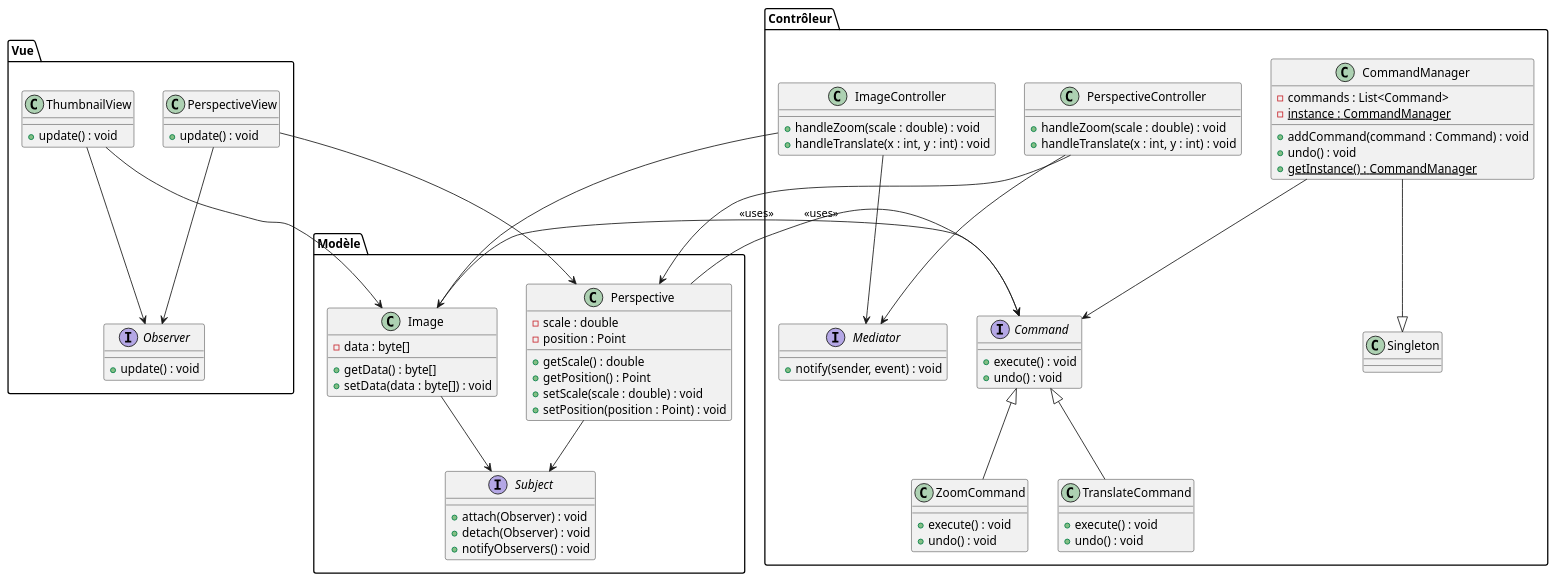
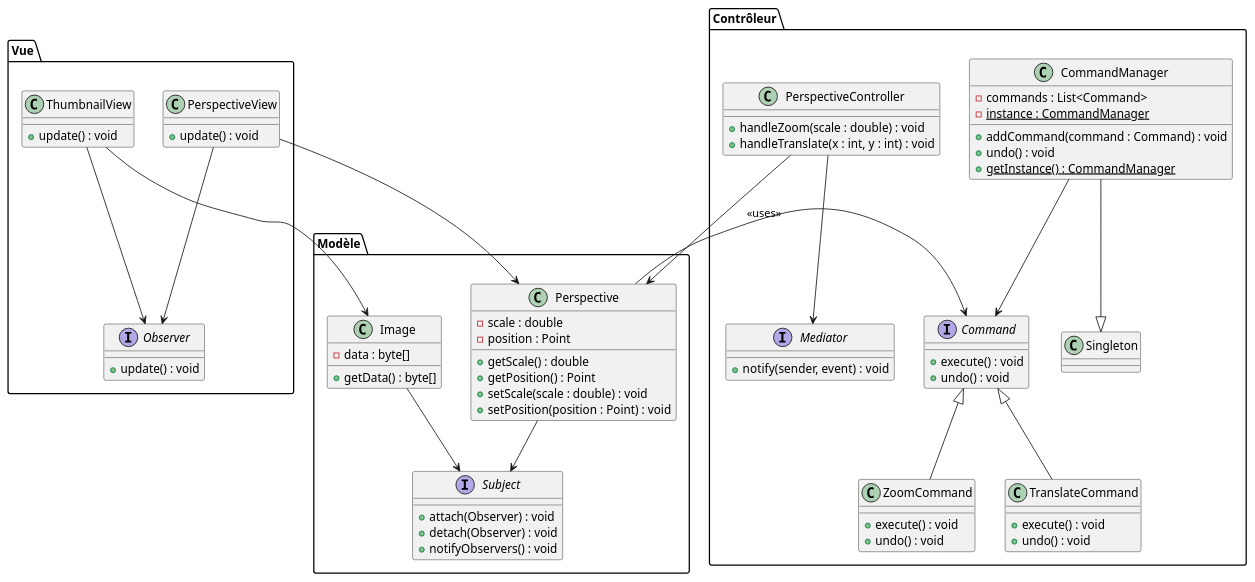
One commit to Apologieze/LAB5 changed the diagram in src/main/diagram.puml. Above: the diagram before and after it, drawn with PlantUML.

```diff
--- a/src/main/diagram.puml
+++ b/src/main/diagram.puml
@@ -1,108 +1,99 @@
 @startuml
 ' Define main packages for MVC structure
 package "Modèle" {
     ' Classes in the model
     class Image {
         - data : byte[]
         + getData() : byte[]
-        + setData(data : byte[]) : void
     }
 
     class Perspective {
         - scale : double
         - position : Point
         + getScale() : double
         + getPosition() : Point
         + setScale(scale : double) : void
         + setPosition(position : Point) : void
     }
 
     ' Observer pattern for model update notification
     interface Subject {
         + attach(Observer) : void
         + detach(Observer) : void
         + notifyObservers() : void
     }
 
     ' Image and Perspective are separate subjects in Observer pattern
     Image --> Subject
     Perspective --> Subject
 }
 
 package "Vue" {
     ' Classes in the view
     interface Observer {
         + update() : void
     }
 
     class ThumbnailView {
         + update() : void
     }
 
     class PerspectiveView {
         + update() : void
     }
 
     ThumbnailView --> Observer
     PerspectiveView --> Observer
 }
 
 package "Contrôleur" {
     ' Command pattern for undoable operations
     interface Command {
         + execute() : void
         + undo() : void
     }
 
     ' Specific commands for zoom and translation
     class ZoomCommand {
         + execute() : void
         + undo() : void
     }
 
     class TranslateCommand {
         + execute() : void
         + undo() : void
     }
 
     Command <|-- ZoomCommand
     Command <|-- TranslateCommand
 
     ' Singleton pattern for command history management
     class CommandManager {
         - commands : List<Command>
         + addCommand(command : Command) : void
         + undo() : void
         {static} - instance : CommandManager
         {static} + getInstance() : CommandManager
     }
 
     ' Mediator pattern (optional) for interaction between controls
     interface Mediator {
         + notify(sender, event) : void
     }
 
-    class ImageController {
-        + handleZoom(scale : double) : void
-        + handleTranslate(x : int, y : int) : void
-    }
-
     class PerspectiveController {
         + handleZoom(scale : double) : void
         + handleTranslate(x : int, y : int) : void
     }
 
-    ImageController --> Mediator
     PerspectiveController --> Mediator
     CommandManager --> Command
     CommandManager --|> Singleton
 }
 
 ' Relationships between model, view, and controller
-Image --> Command : <<uses>>
 Perspective --> Command : <<uses>>
 ThumbnailView --> Image
 PerspectiveView --> Perspective
-ImageController --> Image
 PerspectiveController --> Perspective
 @enduml
```
